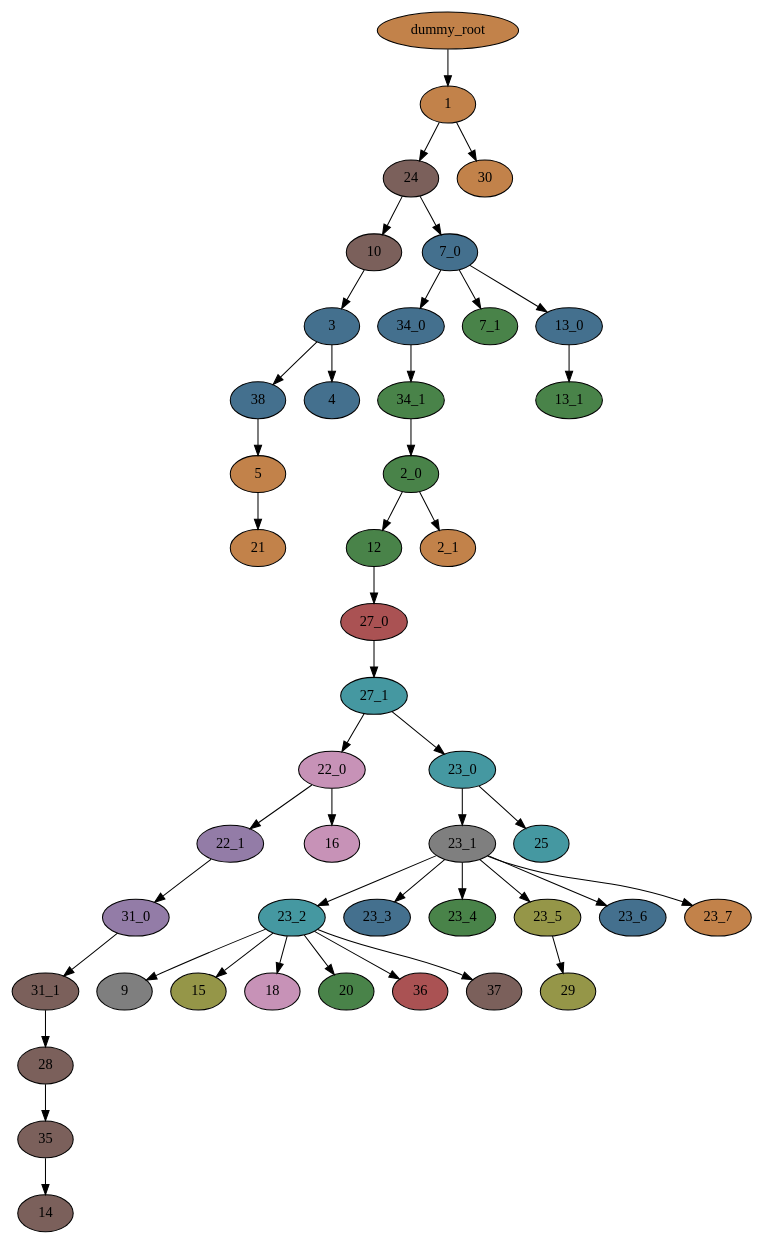
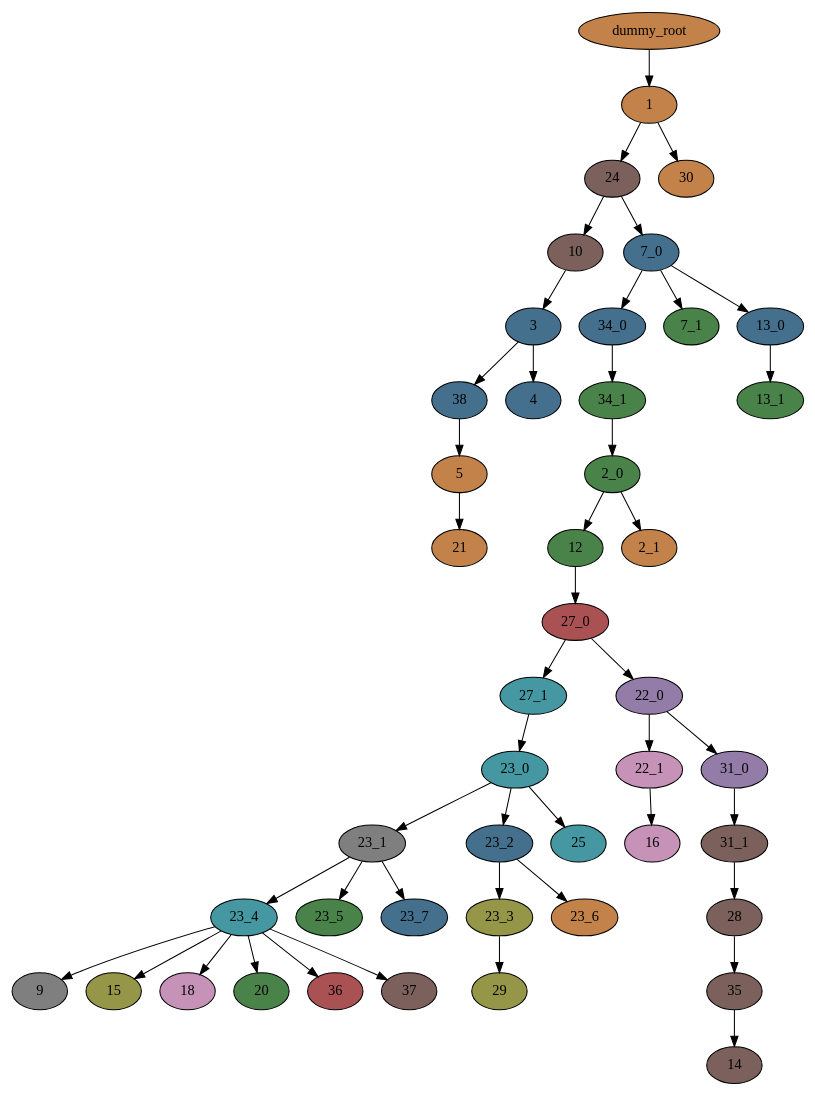
One commit to noahcape/pmh-rp changed the diagram in trees/CRUKP0294/tlp/tlp_output_colored_tree.dot. Above: the diagram before and after it, drawn with Graphviz. The commit also changed 255 other files, not shown here.

```diff
--- a/trees/CRUKP0294/tlp/tlp_output_colored_tree.dot
+++ b/trees/CRUKP0294/tlp/tlp_output_colored_tree.dot
@@ -1,91 +1,91 @@
 digraph T {
 	"10" [fillcolor="#7b605b", style=filled];
 	"3" [fillcolor="#44708e", style=filled];
 	"38" [fillcolor="#44708e", style=filled];
 	"4" [fillcolor="#44708e", style=filled];
 	"5" [fillcolor="#c2824a", style=filled];
 	"21" [fillcolor="#c2824a", style=filled];
 	"24" [fillcolor="#7b605b", style=filled];
 	"7_0" [fillcolor="#44708e", style=filled];
 	"12" [fillcolor="#498349", style=filled];
 	"27_0" [fillcolor="#aa5253", style=filled];
 	"1" [fillcolor="#c2824a", style=filled];
 	"30" [fillcolor="#c2824a", style=filled];
 	"28" [fillcolor="#7b605b", style=filled];
 	"35" [fillcolor="#7b605b", style=filled];
 	"14" [fillcolor="#7b605b", style=filled];
 	"34_0" [fillcolor="#44708e", style=filled];
 	"34_1" [fillcolor="#498349", style=filled];
 	"2_0" [fillcolor="#498349", style=filled];
 	"2_1" [fillcolor="#c2824a", style=filled];
 	"7_1" [fillcolor="#498349", style=filled];
 	"13_0" [fillcolor="#44708e", style=filled];
 	"27_1" [fillcolor="#4598a1", style=filled];
-	"22_0" [fillcolor="#c792b7", style=filled];
+	"22_0" [fillcolor="#937ca7", style=filled];
 	"23_0" [fillcolor="#4598a1", style=filled];
-	"22_1" [fillcolor="#937ca7", style=filled];
+	"22_1" [fillcolor="#c792b7", style=filled];
+	"31_0" [fillcolor="#937ca7", style=filled];
 	"16" [fillcolor="#c792b7", style=filled];
-	"31_0" [fillcolor="#937ca7", style=filled];
 	"23_1" [fillcolor="#7f7f7f", style=filled];
+	"23_2" [fillcolor="#44708e", style=filled];
 	"25" [fillcolor="#4598a1", style=filled];
-	"23_2" [fillcolor="#4598a1", style=filled];
-	"23_3" [fillcolor="#44708e", style=filled];
-	"23_4" [fillcolor="#498349", style=filled];
-	"23_5" [fillcolor="#959648", style=filled];
-	"23_6" [fillcolor="#44708e", style=filled];
-	"23_7" [fillcolor="#c2824a", style=filled];
+	"23_4" [fillcolor="#4598a1", style=filled];
+	"23_5" [fillcolor="#498349", style=filled];
+	"23_7" [fillcolor="#44708e", style=filled];
+	"23_3" [fillcolor="#959648", style=filled];
+	"23_6" [fillcolor="#c2824a", style=filled];
+	"29" [fillcolor="#959648", style=filled];
 	"9" [fillcolor="#7f7f7f", style=filled];
 	"15" [fillcolor="#959648", style=filled];
 	"18" [fillcolor="#c792b7", style=filled];
 	"20" [fillcolor="#498349", style=filled];
 	"36" [fillcolor="#aa5253", style=filled];
 	"37" [fillcolor="#7b605b", style=filled];
-	"29" [fillcolor="#959648", style=filled];
 	"31_1" [fillcolor="#7b605b", style=filled];
 	"13_1" [fillcolor="#498349", style=filled];
 	"dummy_root" [fillcolor="#c2824a", style=filled];
 	"10" -> "3";
 	"3" -> "38";
 	"3" -> "4";
 	"38" -> "5";
 	"5" -> "21";
 	"24" -> "10";
 	"24" -> "7_0";
 	"7_0" -> "7_1";
 	"7_0" -> "34_0";
 	"7_0" -> "13_0";
 	"12" -> "27_0";
 	"27_0" -> "27_1";
+	"27_0" -> "22_0";
 	"1" -> "24";
 	"1" -> "30";
 	"28" -> "35";
 	"35" -> "14";
 	"34_0" -> "34_1";
 	"34_1" -> "2_0";
 	"2_0" -> "2_1";
 	"2_0" -> "12";
 	"13_0" -> "13_1";
-	"27_1" -> "22_0";
 	"27_1" -> "23_0";
 	"22_0" -> "22_1";
-	"22_0" -> "16";
+	"22_0" -> "31_0";
 	"23_0" -> "23_1";
+	"23_0" -> "23_2";
 	"23_0" -> "25";
-	"22_1" -> "31_0";
+	"22_1" -> "16";
 	"31_0" -> "31_1";
-	"23_1" -> "23_2";
-	"23_1" -> "23_3";
 	"23_1" -> "23_4";
 	"23_1" -> "23_5";
-	"23_1" -> "23_6";
 	"23_1" -> "23_7";
-	"23_2" -> "9";
-	"23_2" -> "15";
-	"23_2" -> "18";
-	"23_2" -> "20";
-	"23_2" -> "36";
-	"23_2" -> "37";
-	"23_5" -> "29";
+	"23_2" -> "23_3";
+	"23_2" -> "23_6";
+	"23_4" -> "9";
+	"23_4" -> "15";
+	"23_4" -> "18";
+	"23_4" -> "20";
+	"23_4" -> "36";
+	"23_4" -> "37";
+	"23_3" -> "29";
 	"31_1" -> "28";
 	"dummy_root" -> "1";
 }
```
